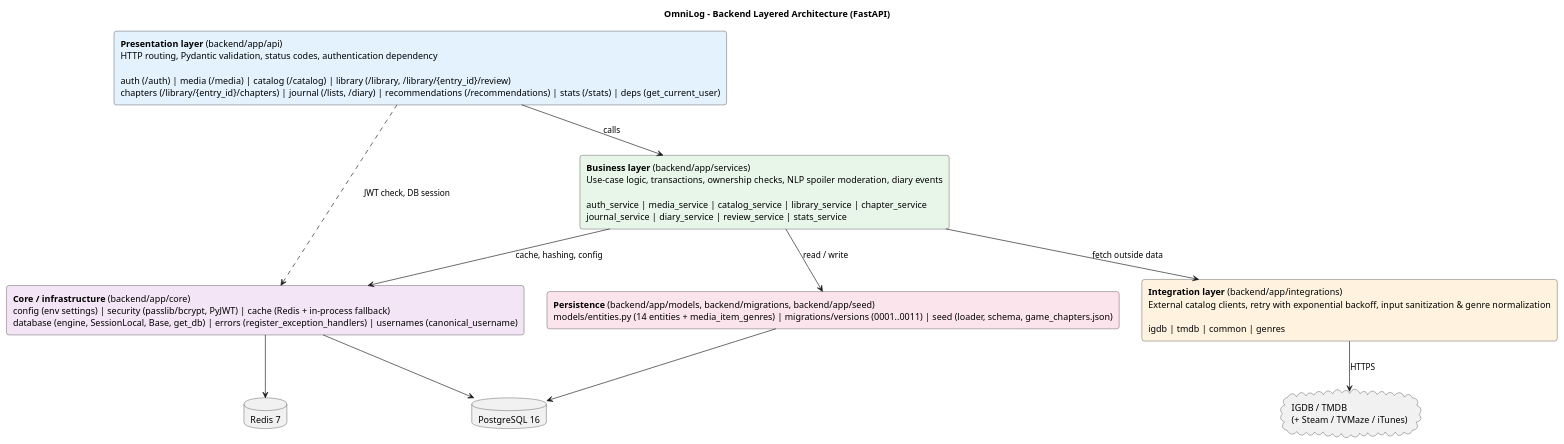
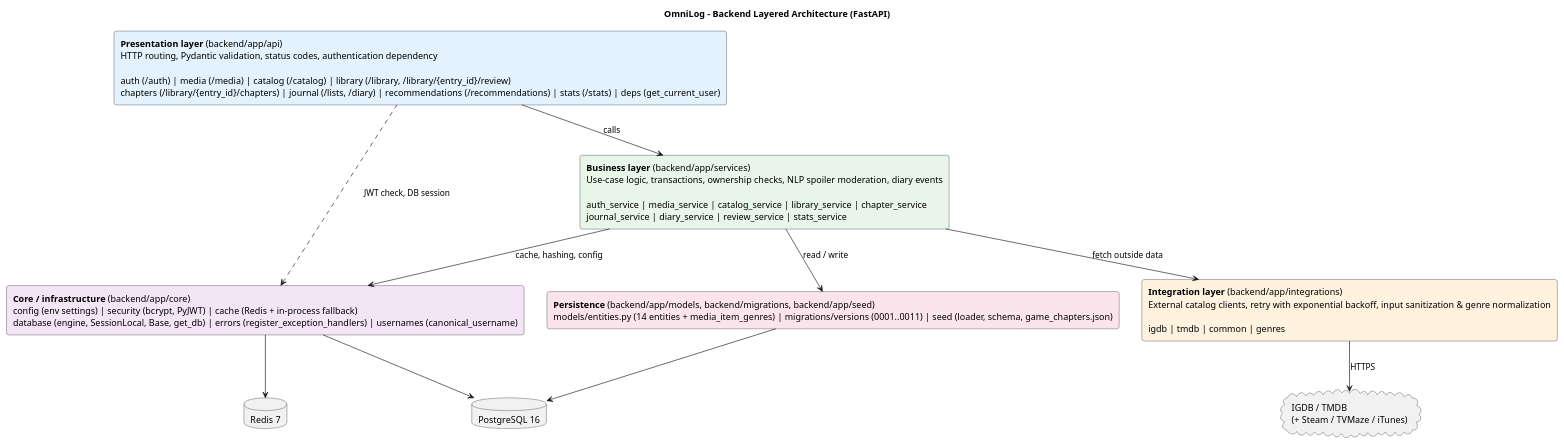
Before and after one commit to metezd/OmniLog: the diagram in docs/design/arch/02-backend-layers.puml, drawn with PlantUML. The commit also changed 6 other files, not shown here.

First line of the commit message:
docs: bring the architecture diagrams up to date

```diff
--- a/docs/design/arch/02-backend-layers.puml
+++ b/docs/design/arch/02-backend-layers.puml
@@ -1,34 +1,34 @@
 @startuml 02-backend-layers
 title OmniLog - Backend Layered Architecture (FastAPI)
 skinparam shadowing false
 skinparam defaultFontName Helvetica
 skinparam RectangleRoundCorner 8
 skinparam rectangle {
   BackgroundColor #F5F5F5
 }
 top to bottom direction
 
 rectangle "**Presentation layer** (backend/app/api)\nHTTP routing, Pydantic validation, status codes, authentication dependency\n\nauth (/auth) | media (/media) | catalog (/catalog) | library (/library, /library/{entry_id}/review)\nchapters (/library/{entry_id}/chapters) | journal (/lists, /diary) | recommendations (/recommendations) | stats (/stats) | deps (get_current_user)" as API #E3F2FD
 
 rectangle "**Business layer** (backend/app/services)\nUse-case logic, transactions, ownership checks, NLP spoiler moderation, diary events\n\nauth_service | media_service | catalog_service | library_service | chapter_service\njournal_service | diary_service | review_service | stats_service" as SVC #E8F5E9
 
 rectangle "**Integration layer** (backend/app/integrations)\nExternal catalog clients, retry with exponential backoff, input sanitization & genre normalization\n\nigdb | tmdb | common | genres" as INT #FFF3E0
 
-rectangle "**Core / infrastructure** (backend/app/core)\nconfig (env settings) | security (passlib/bcrypt, PyJWT) | cache (Redis + in-process fallback)\ndatabase (engine, SessionLocal, Base, get_db) | errors (register_exception_handlers) | usernames (canonical_username)" as CORE #F3E5F5
+rectangle "**Core / infrastructure** (backend/app/core)\nconfig (env settings) | security (bcrypt, PyJWT) | cache (Redis + in-process fallback)\ndatabase (engine, SessionLocal, Base, get_db) | errors (register_exception_handlers) | usernames (canonical_username)" as CORE #F3E5F5
 
 rectangle "**Persistence** (backend/app/models, backend/migrations, backend/app/seed)\nmodels/entities.py (14 entities + media_item_genres) | migrations/versions (0001..0011) | seed (loader, schema, game_chapters.json)" as MOD #FCE4EC
 
 database "PostgreSQL 16" as PG
 database "Redis 7" as R
 cloud "IGDB / TMDB\n(+ Steam / TVMaze / iTunes)" as EXT
 
 API --> SVC : calls
 SVC --> INT : fetch outside data
 SVC --> MOD : read / write
 SVC --> CORE : cache, hashing, config
 API ..> CORE : JWT check, DB session
 INT --> EXT : HTTPS
 MOD --> PG
 CORE --> PG
 CORE --> R
 @enduml
```
